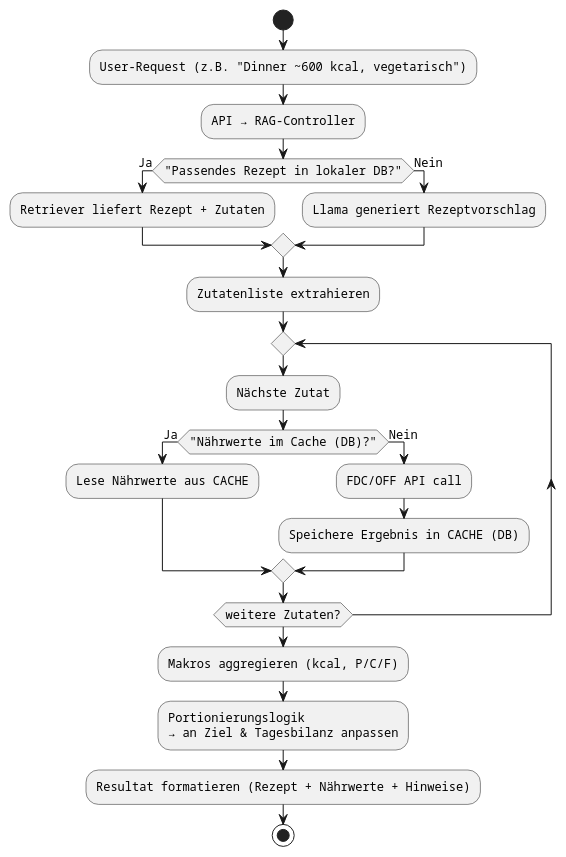
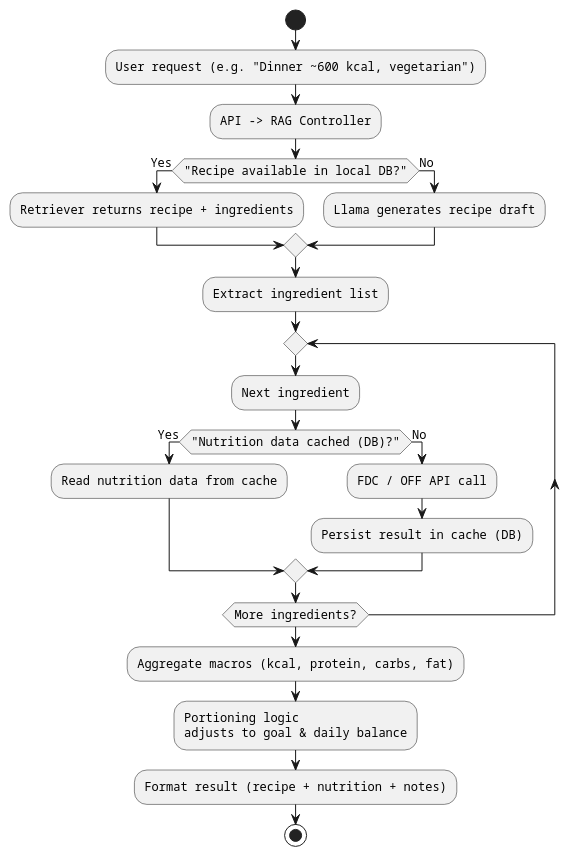
The diagram in docs/diagrams/flow.puml (NicoBaier123/NutriTrack), drawn with PlantUML before and after one commit. The commit also changed 5 other files, not shown here.

Commit message:
diagram for presentation ready

```diff
--- a/docs/diagrams/flow.puml
+++ b/docs/diagrams/flow.puml
@@ -1,33 +1,34 @@
 @startuml
 skinparam monochrome true
 skinparam defaultFontName Courier
 skinparam defaultFontSize 12
+skinparam linetype ortho
 
 start
-:User-Request (z.B. "Dinner ~600 kcal, vegetarisch");
-:API → RAG-Controller;
+:User request (e.g. "Dinner ~600 kcal, vegetarian");
+:API -> RAG Controller;
 
-if ("Passendes Rezept in lokaler DB?") then (Ja)
-  :Retriever liefert Rezept + Zutaten;
-else (Nein)
-  :Llama generiert Rezeptvorschlag;
+if ("Recipe available in local DB?") then (Yes)
+  :Retriever returns recipe + ingredients;
+else (No)
+  :Llama generates recipe draft;
 endif
 
-:Zutatenliste extrahieren;
+:Extract ingredient list;
 
 repeat
-  :Nächste Zutat;
-  if ("Nährwerte im Cache (DB)?") then (Ja)
-    :Lese Nährwerte aus CACHE;
-  else (Nein)
-    :FDC/OFF API call;
-    :Speichere Ergebnis in CACHE (DB);
+  :Next ingredient;
+  if ("Nutrition data cached (DB)?") then (Yes)
+    :Read nutrition data from cache;
+  else (No)
+    :FDC / OFF API call;
+    :Persist result in cache (DB);
   endif
-repeat while (weitere Zutaten?)
+repeat while (More ingredients?)
 
-:Makros aggregieren (kcal, P/C/F);
-:Portionierungslogik\n→ an Ziel & Tagesbilanz anpassen;
-:Resultat formatieren (Rezept + Nährwerte + Hinweise);
+:Aggregate macros (kcal, protein, carbs, fat);
+:Portioning logic\nadjusts to goal & daily balance;
+:Format result (recipe + nutrition + notes);
 
 stop
 @enduml
```
